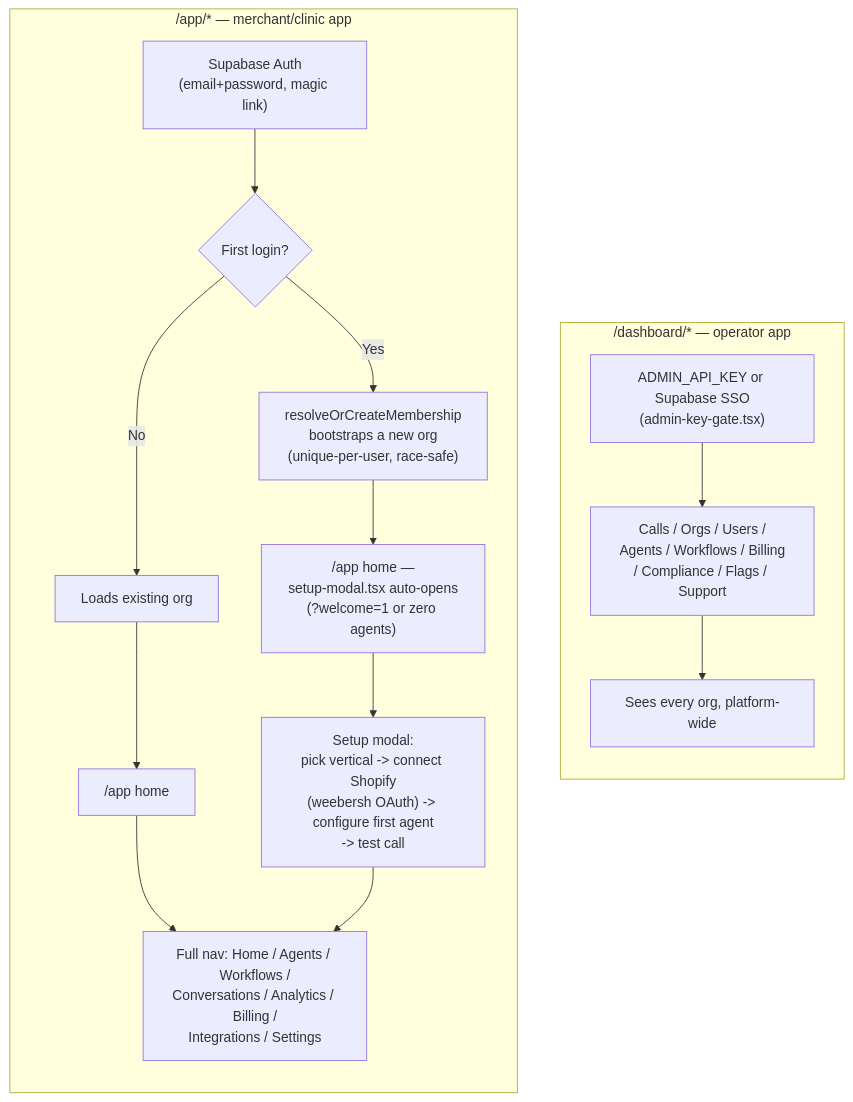
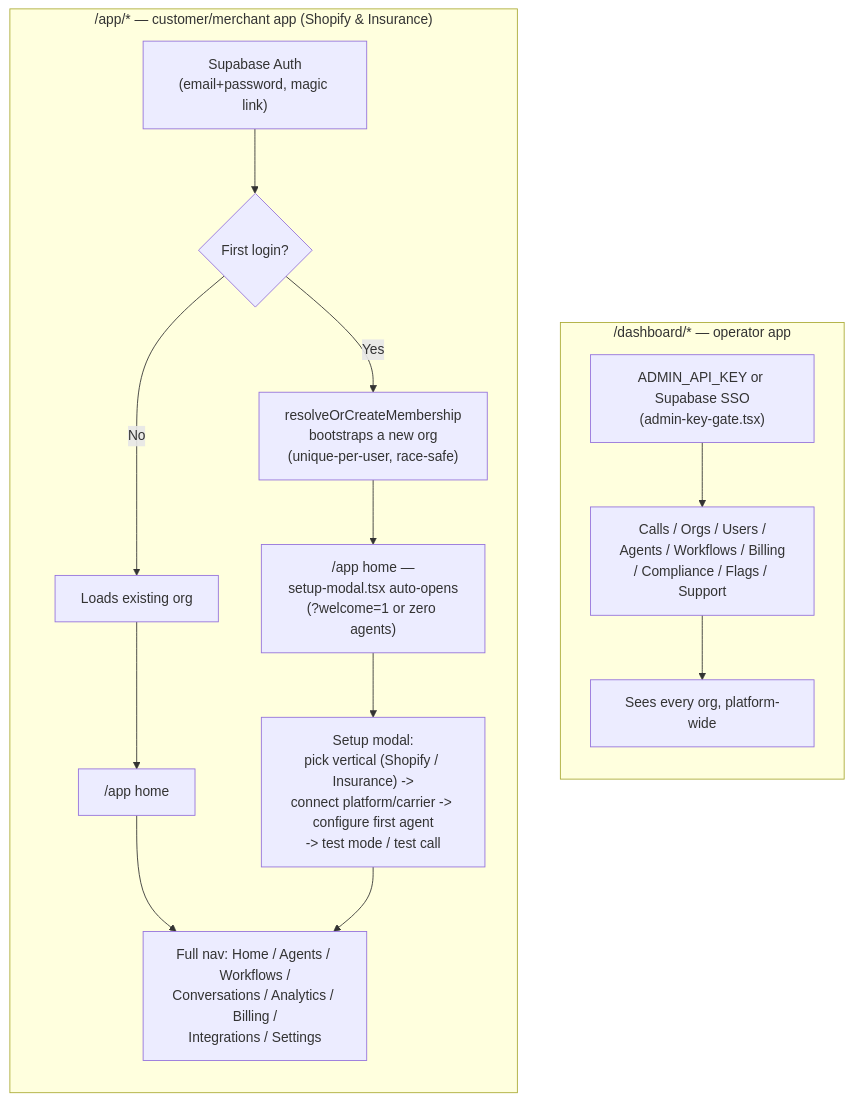
The first of 3 diagrams in architecture/user-flow.md (Aurora-091/weeber), drawn with Mermaid before and after one commit. The commit also changed 9 other files, not shown here.

Commit message:
feat(docs): add GEMINI.md, daily sentinel audit workflow, and reconcile architecture specs

````diff
--- a/architecture/user-flow.md
+++ b/architecture/user-flow.md
@@ -6,20 +6,20 @@
 ```mermaid
 flowchart TB
     subgraph Admin["/dashboard/* — operator app"]
         direction TB
         A1["ADMIN_API_KEY or Supabase SSO<br/>(admin-key-gate.tsx)"] --> A2["Calls / Orgs / Users /<br/>Agents / Workflows / Billing<br/>/ Compliance / Flags / Support"]
         A2 --> A3["Sees every org, platform-wide"]
     end
 
-    subgraph User["/app/* — merchant/clinic app"]
+    subgraph User["/app/* — customer/merchant app (Shopify & Insurance)"]
         direction TB
         U1["Supabase Auth<br/>(email+password, magic link)"] --> U2{First login?}
         U2 -->|Yes| U3["resolveOrCreateMembership<br/>bootstraps a new org<br/>(unique-per-user, race-safe)"]
         U2 -->|No| U4["Loads existing org"]
         U3 --> U5["/app home —<br/>setup-modal.tsx auto-opens<br/>(?welcome=1 or zero agents)"]
         U4 --> U6["/app home"]
-        U5 --> U7["Setup modal:<br/>pick vertical -> connect Shopify<br/>(weebersh OAuth) -> configure first agent<br/>-> test call"]
+        U5 --> U7["Setup modal:<br/>pick vertical (Shopify / Insurance) -><br/>connect platform/carrier -> configure first agent<br/>-> test mode / test call"]
         U6 --> U8["Full nav: Home / Agents / Workflows /<br/>Conversations / Analytics / Billing /<br/>Integrations / Settings"]
         U7 --> U8
     end
 ```
````
